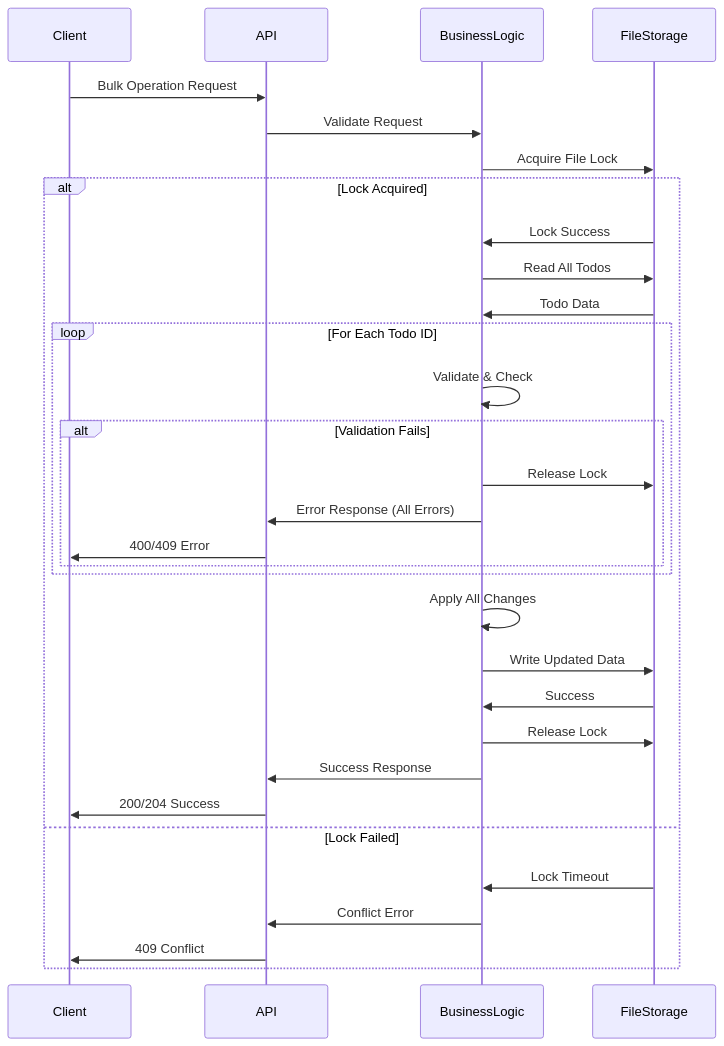
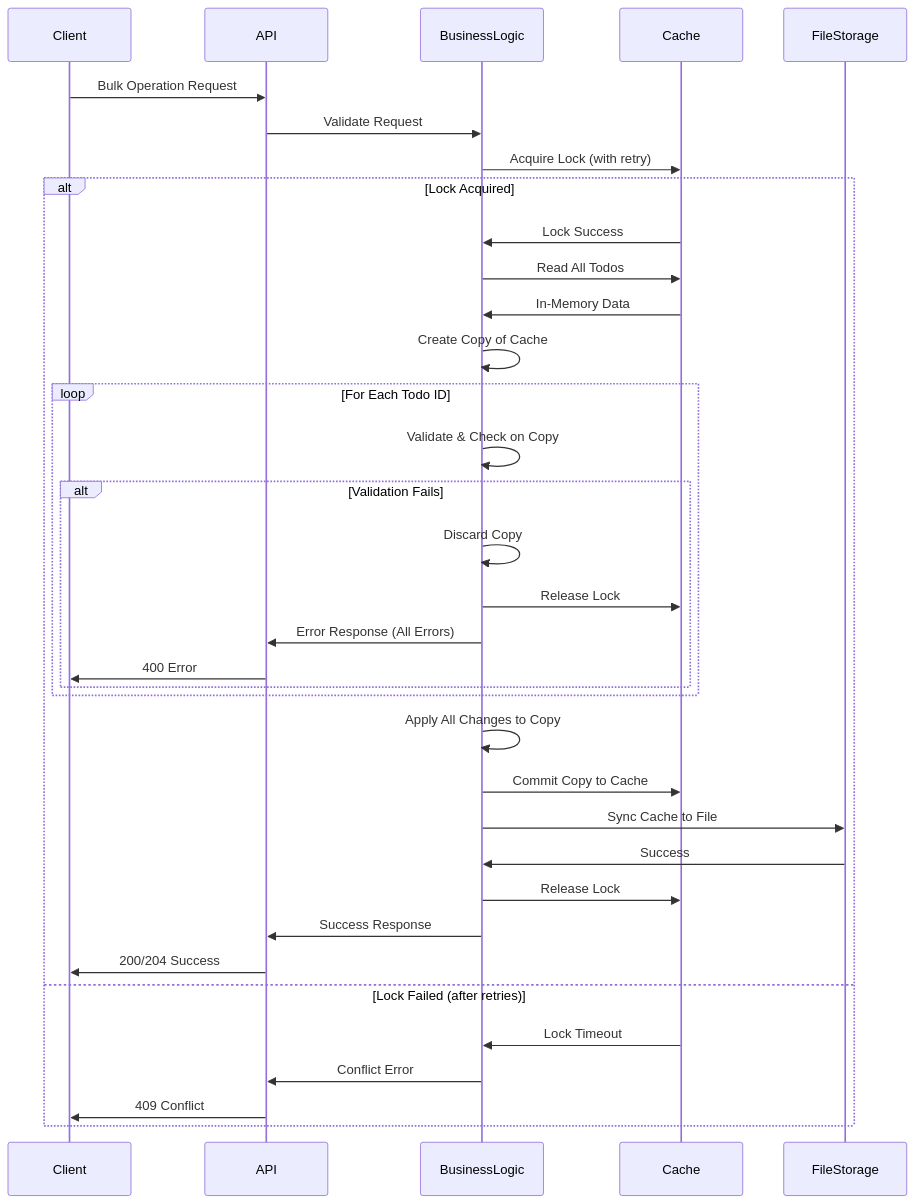
One commit to midearth-labs/web-agent-protocol changed the seventh of 11 diagrams in todo-app/docs/design/hld.md. Above: the diagram before and after it, drawn with Mermaid. The commit also changed other lines of this file and 2 other files, not shown here.

````diff
--- a/todo-app/docs/design/hld.md
+++ b/todo-app/docs/design/hld.md
@@ -429,37 +461,41 @@
 ```mermaid
 sequenceDiagram
     participant Client
     participant API
     participant BusinessLogic
+    participant Cache
     participant FileStorage
     
     Client->>API: Bulk Operation Request
     API->>BusinessLogic: Validate Request
-    BusinessLogic->>FileStorage: Acquire File Lock
+    BusinessLogic->>Cache: Acquire Lock (with retry)
     
     alt Lock Acquired
-        FileStorage->>BusinessLogic: Lock Success
-        BusinessLogic->>FileStorage: Read All Todos
-        FileStorage->>BusinessLogic: Todo Data
+        Cache->>BusinessLogic: Lock Success
+        BusinessLogic->>Cache: Read All Todos
+        Cache->>BusinessLogic: In-Memory Data
+        BusinessLogic->>BusinessLogic: Create Copy of Cache
         
         loop For Each Todo ID
-            BusinessLogic->>BusinessLogic: Validate & Check
+            BusinessLogic->>BusinessLogic: Validate & Check on Copy
             alt Validation Fails
-                BusinessLogic->>FileStorage: Release Lock
+                BusinessLogic->>BusinessLogic: Discard Copy
+                BusinessLogic->>Cache: Release Lock
                 BusinessLogic->>API: Error Response (All Errors)
-                API->>Client: 400/409 Error
+                API->>Client: 400 Error
             end
         end
         
-        BusinessLogic->>BusinessLogic: Apply All Changes
-        BusinessLogic->>FileStorage: Write Updated Data
+        BusinessLogic->>BusinessLogic: Apply All Changes to Copy
+        BusinessLogic->>Cache: Commit Copy to Cache
+        BusinessLogic->>FileStorage: Sync Cache to File
         FileStorage->>BusinessLogic: Success
-        BusinessLogic->>FileStorage: Release Lock
+        BusinessLogic->>Cache: Release Lock
         BusinessLogic->>API: Success Response
         API->>Client: 200/204 Success
-    else Lock Failed
-        FileStorage->>BusinessLogic: Lock Timeout
+    else Lock Failed (after retries)
+        Cache->>BusinessLogic: Lock Timeout
         BusinessLogic->>API: Conflict Error
         API->>Client: 409 Conflict
     end
 ```
````
